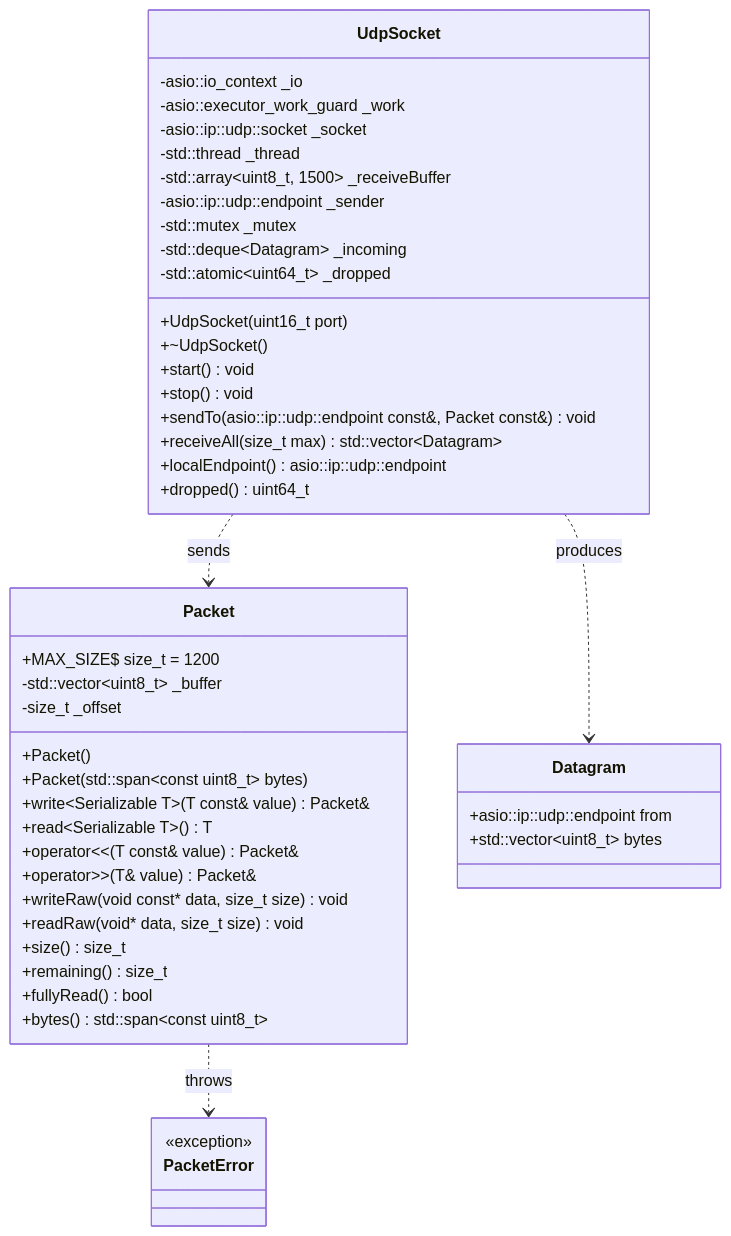
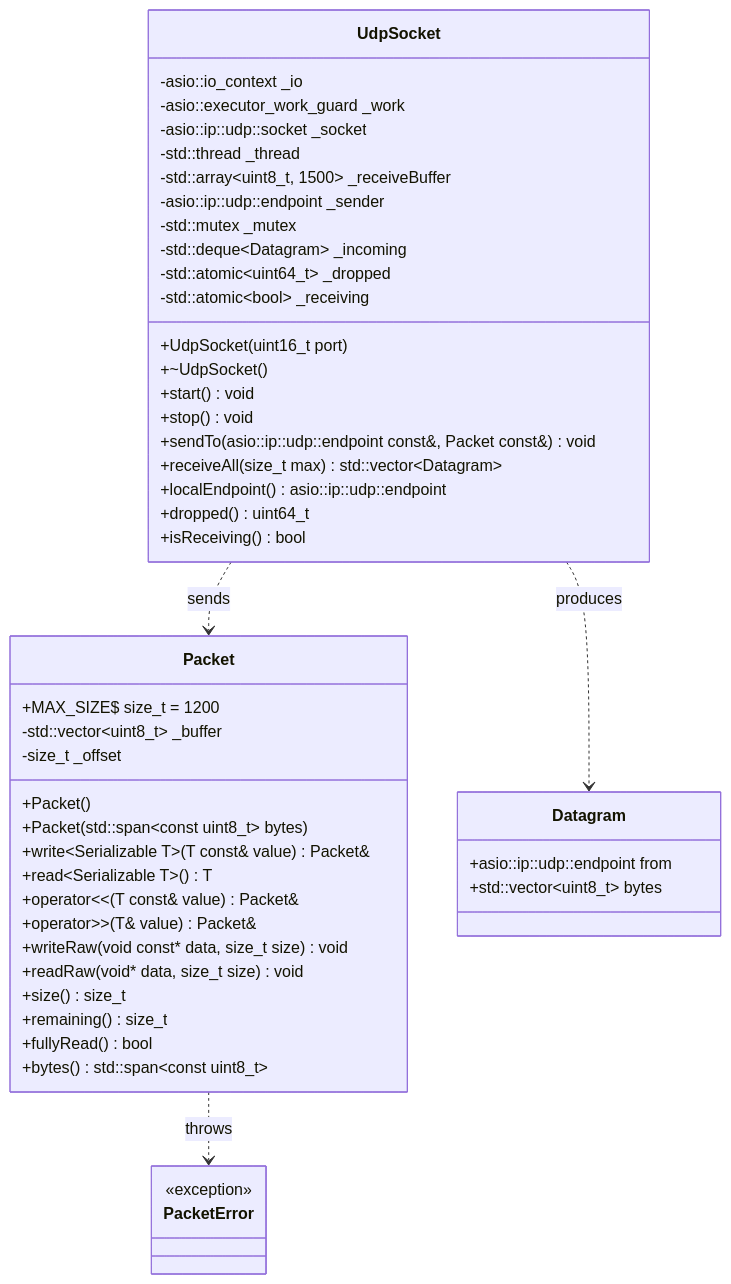
The diagram in docs/modules/network.md (janumaruku/r-type), drawn with Mermaid before and after one commit. The commit also changed other lines of this file and 3 other files, not shown here.

````diff
--- a/docs/modules/network.md
+++ b/docs/modules/network.md
@@ -7,49 +7,51 @@
 ```mermaid
 classDiagram
     class PacketError {
         <<exception>>
     }
     class Packet {
         +MAX_SIZE$ size_t = 1200
         -std::vector~uint8_t~ _buffer
         -size_t _offset
         +Packet()
         +Packet(std::span~const uint8_t~ bytes)
         +write~Serializable T~(T const& value) Packet&
         +read~Serializable T~() T
         +operator<<(T const& value) Packet&
         +operator>>(T& value) Packet&
         +writeRaw(void const* data, size_t size) void
         +readRaw(void* data, size_t size) void
         +size() size_t
         +remaining() size_t
         +fullyRead() bool
         +bytes() std::span~const uint8_t~
     }
     class Datagram {
         +asio::ip::udp::endpoint from
         +std::vector~uint8_t~ bytes
     }
     class UdpSocket {
         -asio::io_context _io
         -asio::executor_work_guard _work
         -asio::ip::udp::socket _socket
         -std::thread _thread
         -std::array~uint8_t, 1500~ _receiveBuffer
         -asio::ip::udp::endpoint _sender
         -std::mutex _mutex
         -std::deque~Datagram~ _incoming
         -std::atomic~uint64_t~ _dropped
+        -std::atomic~bool~ _receiving
         +UdpSocket(uint16_t port)
         +~UdpSocket()
         +start() void
         +stop() void
         +sendTo(asio::ip::udp::endpoint const&, Packet const&) void
         +receiveAll(size_t max) std::vector~Datagram~
         +localEndpoint() asio::ip::udp::endpoint
         +dropped() uint64_t
+        +isReceiving() bool
     }
     Packet ..> PacketError : throws
     UdpSocket ..> Datagram : produces
     UdpSocket ..> Packet : sends
 ```
````
